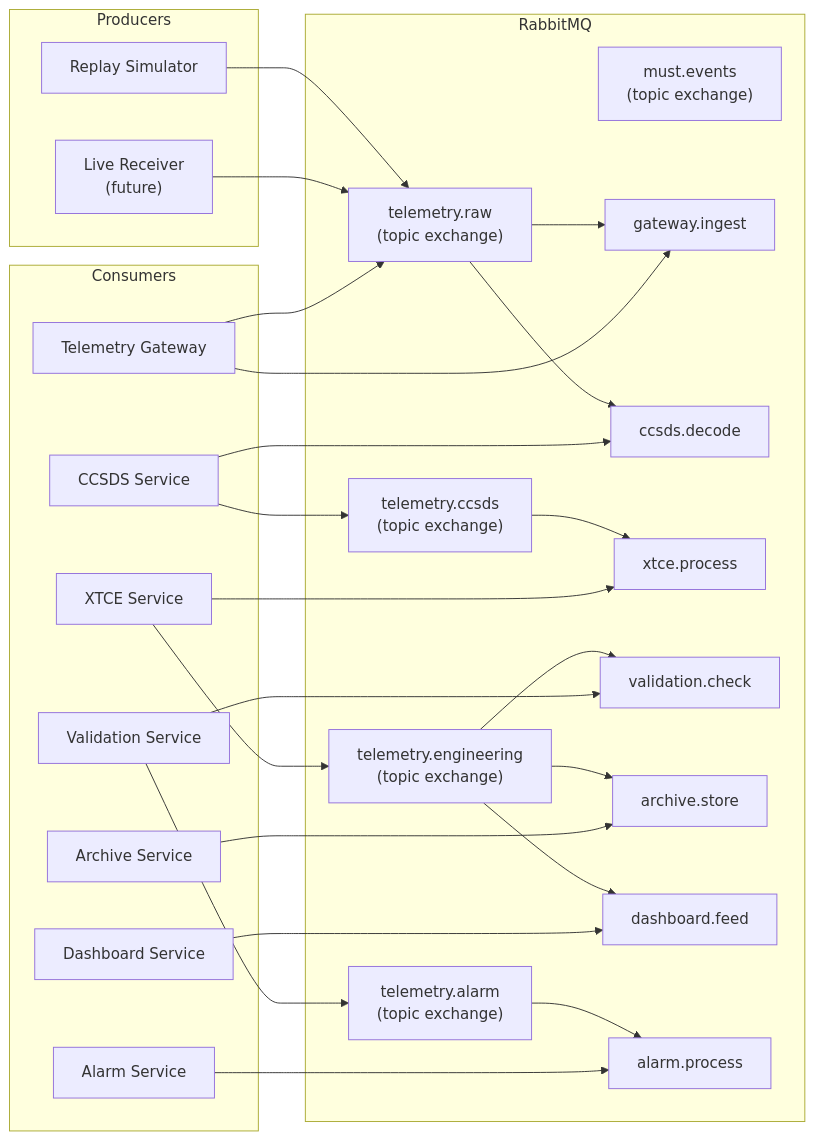
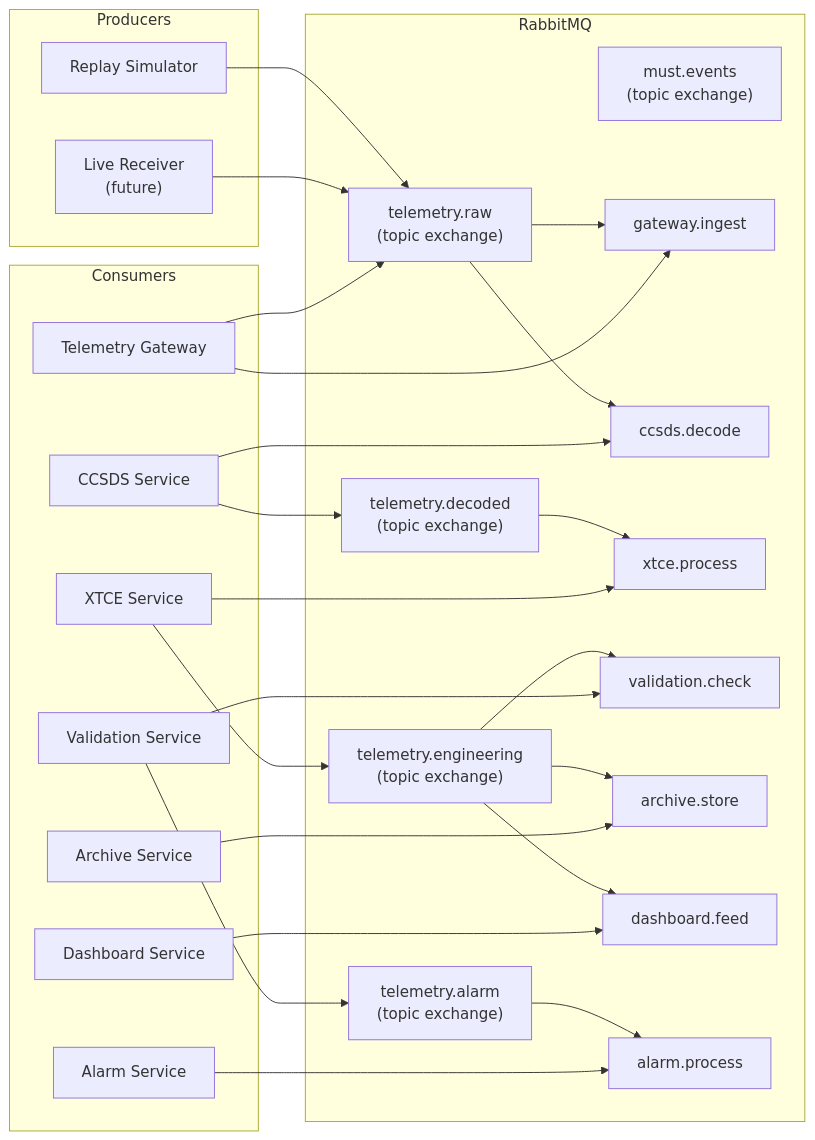
Before and after one commit to YashuFX/DATS_Processing: the diagram in architecture/03_Message_Bus_Design.md, drawn with Mermaid. The commit also changed other lines of this file and 6 other files, not shown here.

Commit message:
feat: implement mission-identification-service, rename ccsds telemetry topic to decoded, and update architecture documentation

````diff
--- a/architecture/03_Message_Bus_Design.md
+++ b/architecture/03_Message_Bus_Design.md
@@ -24,61 +24,61 @@
 ```mermaid
 graph LR
     subgraph "Producers"
         REPLAY["Replay Simulator"]
         RECEIVER["Live Receiver<br/>(future)"]
     end
     
     subgraph "RabbitMQ"
         EX_RAW["telemetry.raw<br/>(topic exchange)"]
-        EX_CCSDS["telemetry.ccsds<br/>(topic exchange)"]
+        EX_DECODED["telemetry.decoded<br/>(topic exchange)"]
         EX_ENG["telemetry.engineering<br/>(topic exchange)"]
         EX_EVENTS["must.events<br/>(topic exchange)"]
         EX_ALARM["telemetry.alarm<br/>(topic exchange)"]
         
         Q_GW["gateway.ingest"]
         Q_CCSDS["ccsds.decode"]
         Q_XTCE["xtce.process"]
         Q_VALID["validation.check"]
         Q_ARCHIVE["archive.store"]
         Q_DASH["dashboard.feed"]
         Q_ALARM_PROC["alarm.process"]
     end
     
     subgraph "Consumers"
         GW["Telemetry Gateway"]
         CCSDS_SVC["CCSDS Service"]
         XTCE_SVC["XTCE Service"]
         VALID_SVC["Validation Service"]
         ARCHIVE_SVC["Archive Service"]
         DASH_SVC["Dashboard Service"]
         ALARM_SVC["Alarm Service"]
     end
     
     REPLAY --> EX_RAW
     RECEIVER --> EX_RAW
     
     EX_RAW --> Q_GW
     GW --> Q_GW
     GW --> EX_RAW
     
     EX_RAW --> Q_CCSDS
     CCSDS_SVC --> Q_CCSDS
-    CCSDS_SVC --> EX_CCSDS
+    CCSDS_SVC --> EX_DECODED
     
-    EX_CCSDS --> Q_XTCE
+    EX_DECODED --> Q_XTCE
     XTCE_SVC --> Q_XTCE
     XTCE_SVC --> EX_ENG
     
     EX_ENG --> Q_VALID
     VALID_SVC --> Q_VALID
     
     EX_ENG --> Q_ARCHIVE
     ARCHIVE_SVC --> Q_ARCHIVE
     
     EX_ENG --> Q_DASH
     DASH_SVC --> Q_DASH
     
     VALID_SVC --> EX_ALARM
     EX_ALARM --> Q_ALARM_PROC
     ALARM_SVC --> Q_ALARM_PROC
 ```
````
